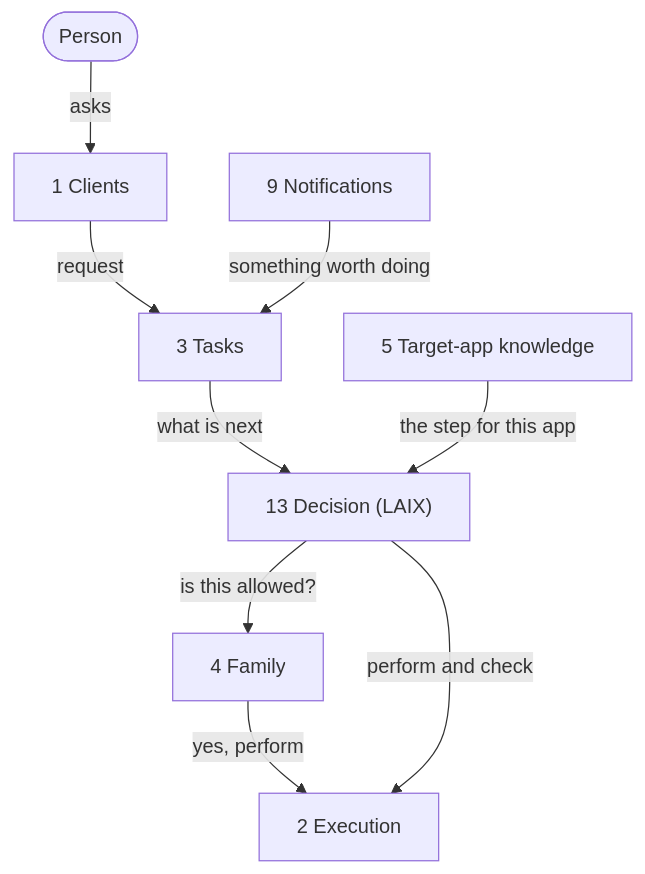
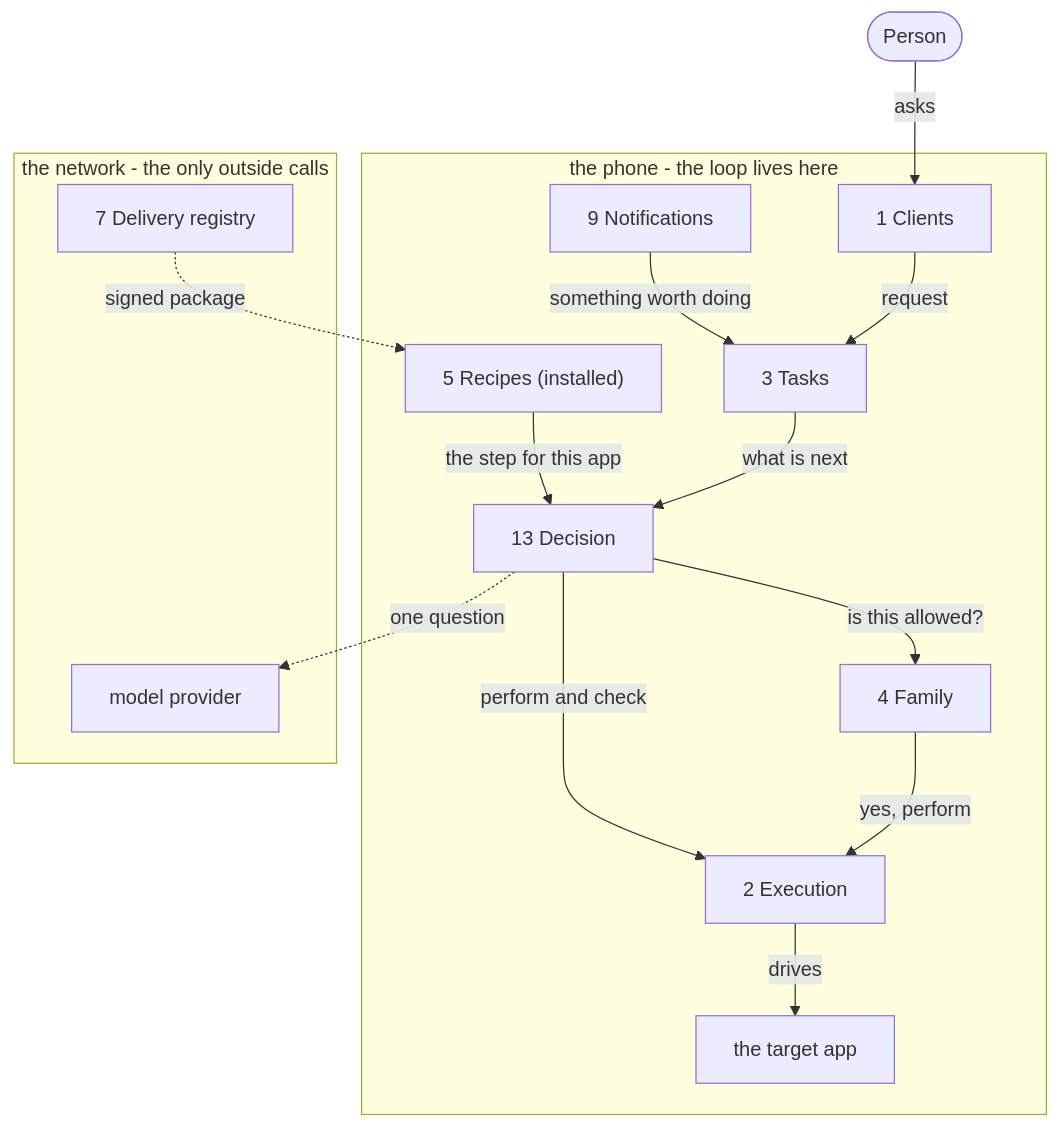
The first of 3 diagrams in docs/project/operations/teams.md (ChayaLevi/hopa), drawn with Mermaid before and after one commit. The commit also changed other lines of this file, not shown here.

First line of the commit message:
docs(teams): draw the phone and network boundaries in the request picture

````diff
--- a/docs/project/operations/teams.md
+++ b/docs/project/operations/teams.md
@@ -83,20 +83,32 @@
 ```mermaid
 flowchart TB
     person(["Person"])
-    clients["1 Clients"]
-    tasks["3 Tasks"]
-    notes["9 Notifications"]
-    decision["13 Decision (LAIX)"]
-    family["4 Family"]
-    knowledge["5 Target-app knowledge"]
-    execution["2 Execution"]
+
+    subgraph phone["the phone - the loop lives here"]
+        clients["1 Clients"]
+        tasks["3 Tasks"]
+        notes["9 Notifications"]
+        decision["13 Decision"]
+        family["4 Family"]
+        recipes["5 Recipes (installed)"]
+        execution["2 Execution"]
+        target["the target app"]
+    end
+
+    subgraph net["the network - the only outside calls"]
+        model["model provider"]
+        registry["7 Delivery registry"]
+    end
 
     person -->|asks| clients
     clients -->|request| tasks
     notes -->|something worth doing| tasks
     tasks -->|what is next| decision
-    knowledge -->|the step for this app| decision
+    recipes -->|the step for this app| decision
     decision -->|is this allowed?| family
     family -->|yes, perform| execution
     decision -->|perform and check| execution
+    execution -->|drives| target
+    decision -.->|one question| model
+    registry -.->|signed package| recipes
 ```
````
